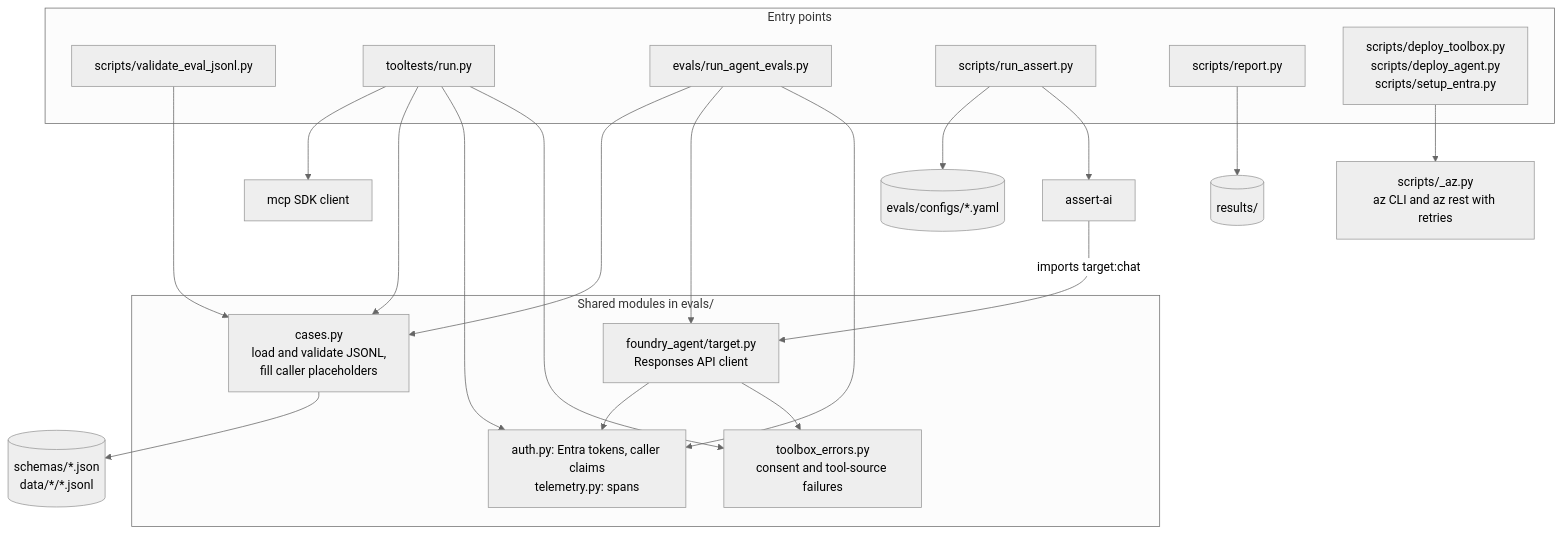
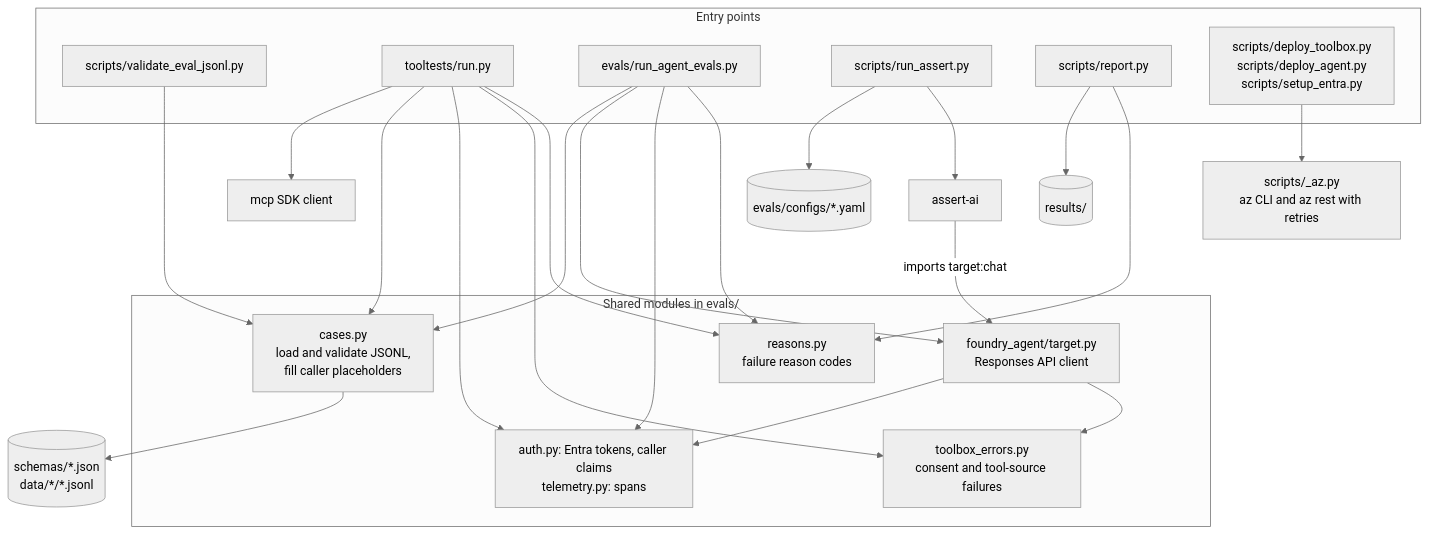
One commit to bradrlaw/foundryToolboxEval changed the second of 17 diagrams in docs/architecture.md. Above: the diagram before and after it, drawn with Mermaid (neutral theme). The commit also changed other lines of this file and 14 other files, not shown here.

First line of the commit message:
Add CI workflow and failure reasons in results and reports

````diff
--- a/docs/architecture.md
+++ b/docs/architecture.md
@@ -73,40 +73,42 @@
 ```mermaid
 flowchart TB
     subgraph entry["Entry points"]
         val["scripts/validate_eval_jsonl.py"]
         run["tooltests/run.py"]
         rae["evals/run_agent_evals.py"]
         rass["scripts/run_assert.py"]
         rep["scripts/report.py"]
         dep["scripts/deploy_toolbox.py<br/>scripts/deploy_agent.py<br/>scripts/setup_entra.py"]
     end
     subgraph shared["Shared modules in evals/"]
         cases["cases.py<br/>load and validate JSONL,<br/>fill caller placeholders"]
         target["foundry_agent/target.py<br/>Responses API client"]
         common["auth.py: Entra tokens, caller claims<br/>telemetry.py: spans"]
         terr["toolbox_errors.py<br/>consent and tool-source failures"]
+        reasons["reasons.py<br/>failure reason codes"]
     end
     mcpsdk["mcp SDK client"]
     assertai["assert-ai"]
     az["scripts/_az.py<br/>az CLI and az rest with retries"]
     configs[("evals/configs/*.yaml")]
     files[("schemas/*.json<br/>data/*/*.jsonl")]
     results[("results/")]
 
     val --> cases
     run --> mcpsdk
     run --> cases
     run --> common
     run --> terr
     rae --> cases
     rae --> target
     rae --> common
     target --> common
     target --> terr
     rass --> configs
     rass --> assertai
     assertai -->|"imports target:chat"| target
     cases --> files
     rep --> results
+    run & rae & rep --> reasons
     dep --> az
 ```
````
